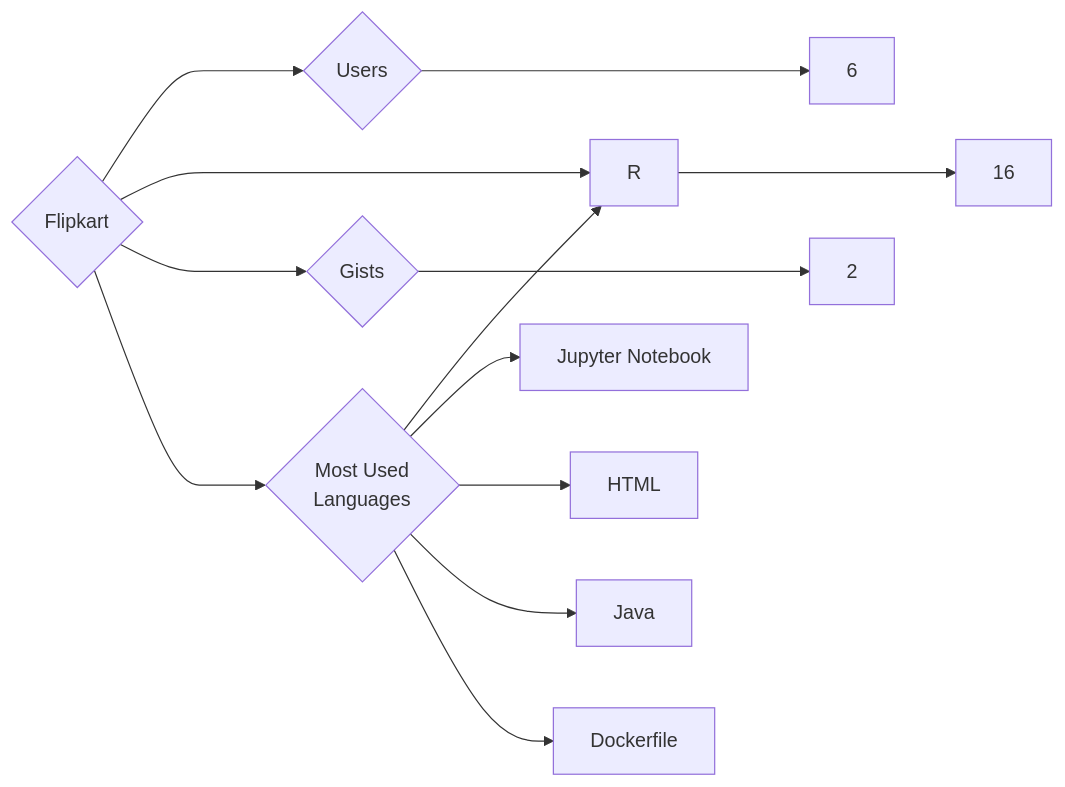
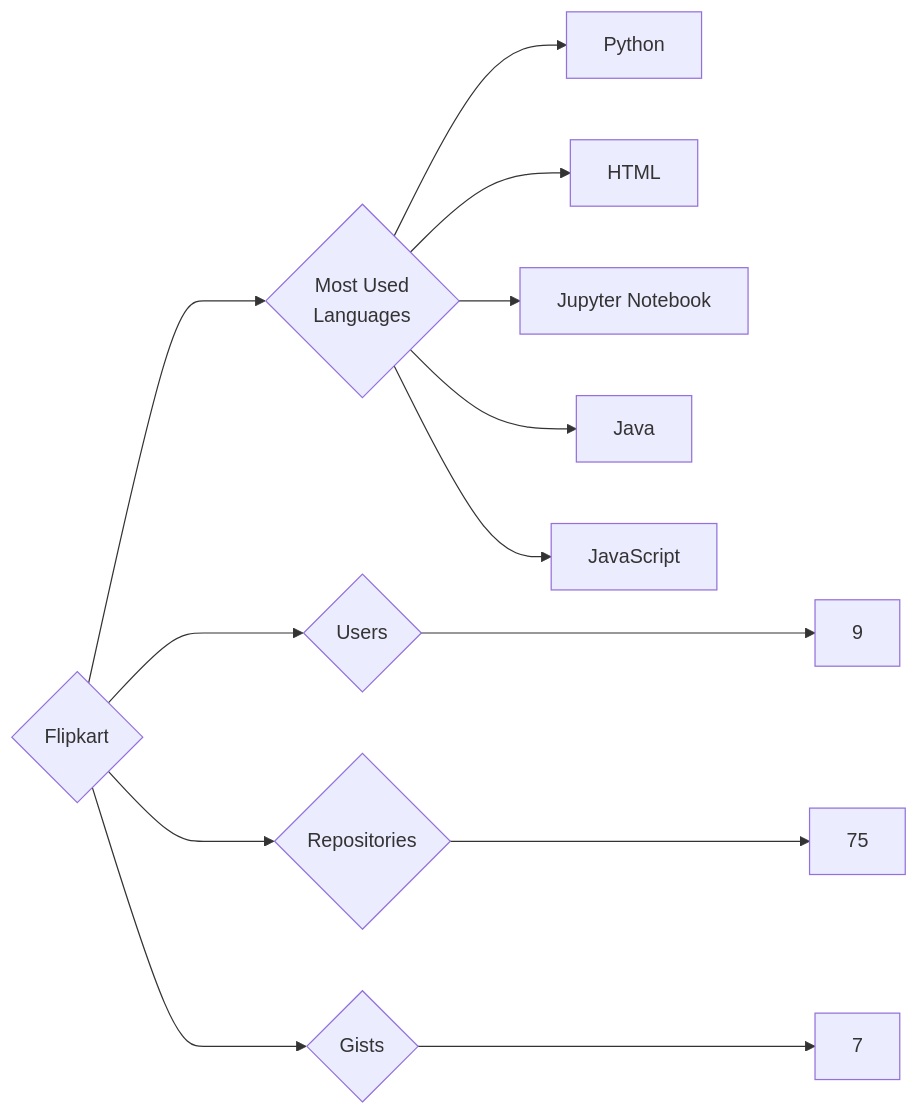
One commit to trickest/insiders changed the diagram in targets/Flipkart/README.md. Above: the diagram before and after it, drawn with Mermaid. The commit also changed 1088 other files, not shown here.

````diff
--- a/targets/Flipkart/README.md
+++ b/targets/Flipkart/README.md
@@ -3,13 +3,13 @@
 ```mermaid
 graph LR
 COMPANY_NAME{Flipkart}
-COMPANY_NAME ---> U{Users} ---> UN[6]
-COMPANY_NAME ---> R{Repositories} ---> RN[16]
-COMPANY_NAME ---> G{Gists} ---> GN[2]
+COMPANY_NAME ---> U{Users} ---> UN[9]
+COMPANY_NAME ---> R{Repositories} ---> RN[75]
+COMPANY_NAME ---> G{Gists} ---> GN[7]
 COMPANY_NAME ---> ML{Most Used<br>Languages}
-ML --> R[R]
+ML --> Python[Python]
+ML --> HTML[HTML]
 ML --> Jupyter_Notebook[Jupyter Notebook]
-ML --> HTML[HTML]
 ML --> Java[Java]
-ML --> Dockerfile[Dockerfile]
+ML --> JavaScript[JavaScript]
 ```
````
